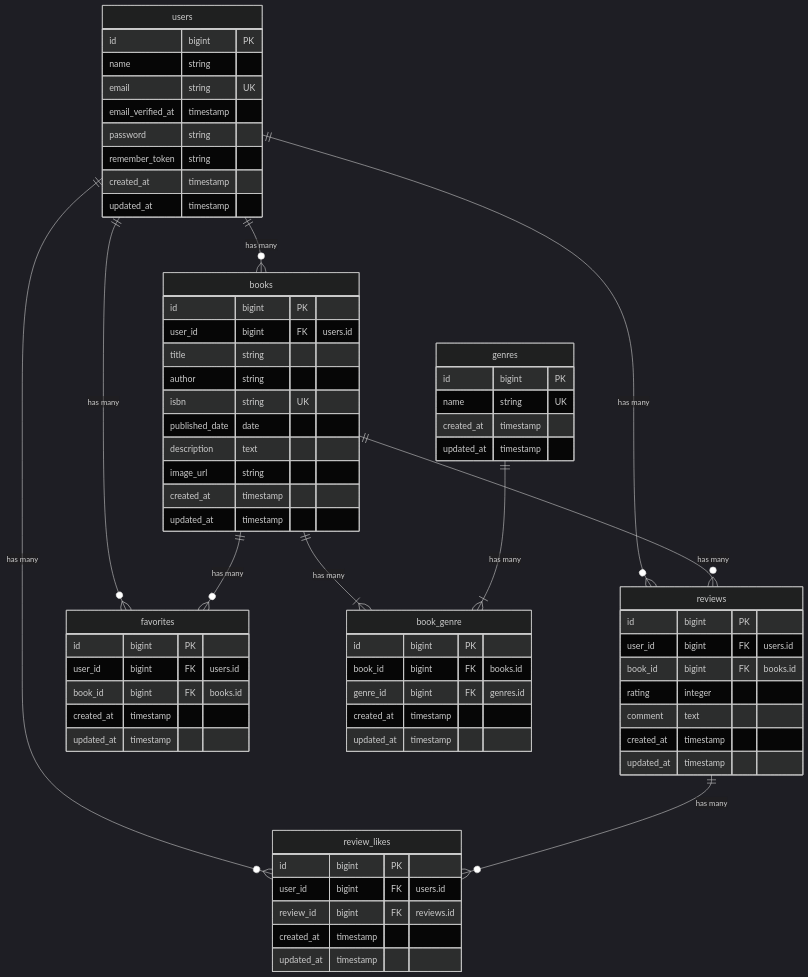
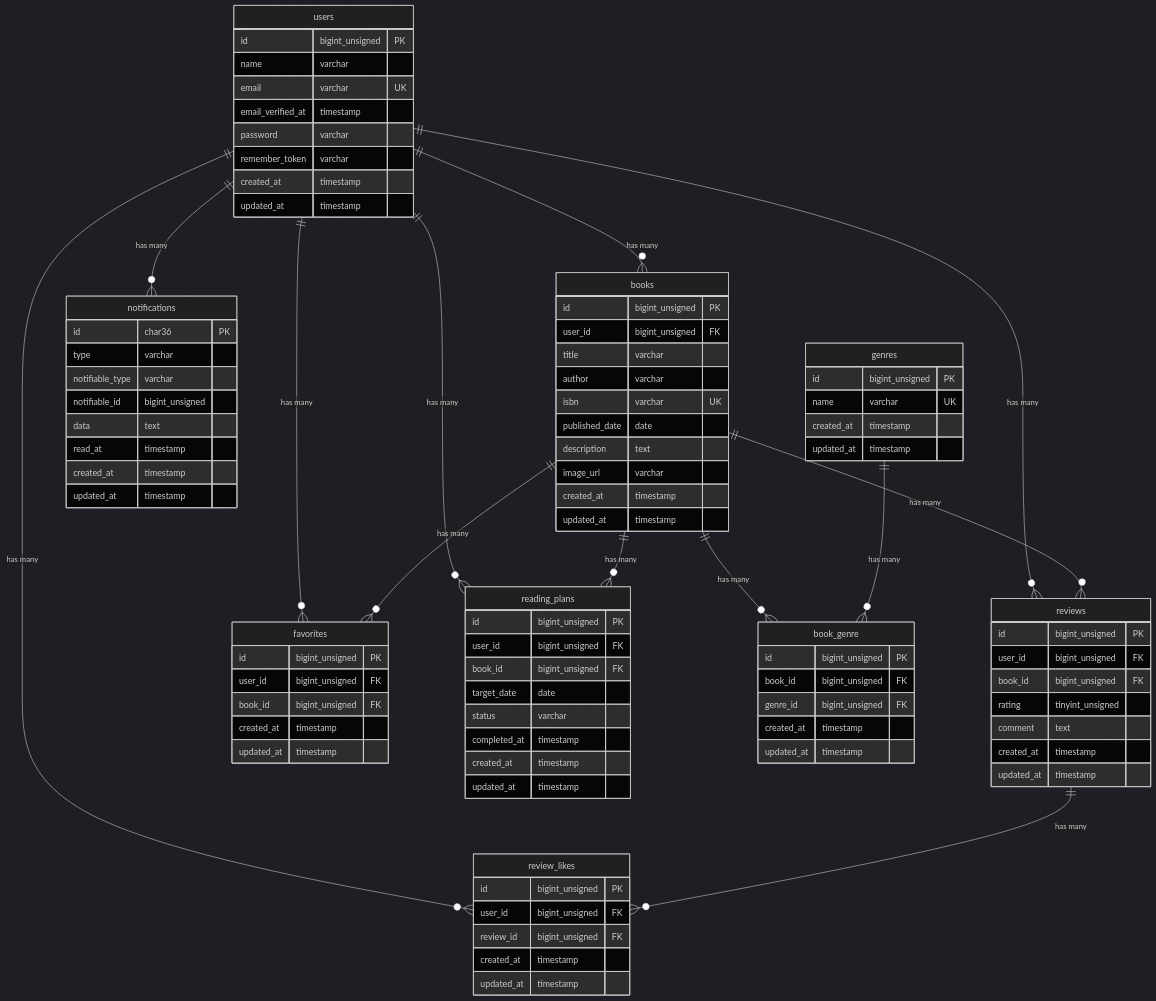
One commit to bossbossboss0425-ui/bookshelf-app changed the diagram in README.md. Above: the diagram before and after it, drawn with Mermaid (dark theme). The commit also changed 34 other files, not shown here.

```diff
--- a/README.md
+++ b/README.md
@@ -25,76 +25,101 @@
     users ||--o{ reviews : "has many"
     users ||--o{ favorites : "has many"
     users ||--o{ review_likes : "has many"
+    users ||--o{ reading_plans : "has many"
+    users ||--o{ notifications : "has many"
 
     books ||--o{ reviews : "has many"
     books ||--o{ favorites : "has many"
-    books ||--|{ book_genre : "has many"
+    books ||--o{ book_genre : "has many"
+    books ||--o{ reading_plans : "has many"
 
-    genres ||--|{ book_genre : "has many"
+    genres ||--o{ book_genre : "has many"
 
     reviews ||--o{ review_likes : "has many"
 
     users {
-        id bigint PK
-        name string
-        email string UK
+        id bigint_unsigned PK
+        name varchar
+        email varchar UK
         email_verified_at timestamp
-        password string
-        remember_token string
+        password varchar
+        remember_token varchar
         created_at timestamp
         updated_at timestamp
     }
 
     books {
-        id bigint PK
-        user_id bigint FK "users.id"
-        title string
-        author string
-        isbn string UK
+        id bigint_unsigned PK
+        user_id bigint_unsigned FK
+        title varchar
+        author varchar
+        isbn varchar UK
         published_date date
         description text
-        image_url string
+        image_url varchar
         created_at timestamp
         updated_at timestamp
     }
 
     genres {
-        id bigint PK
-        name string UK
+        id bigint_unsigned PK
+        name varchar UK
         created_at timestamp
         updated_at timestamp
     }
 
     book_genre {
-        id bigint PK
-        book_id bigint FK "books.id"
-        genre_id bigint FK "genres.id"
+        id bigint_unsigned PK
+        book_id bigint_unsigned FK
+        genre_id bigint_unsigned FK
         created_at timestamp
         updated_at timestamp
     }
 
     reviews {
-        id bigint PK
-        user_id bigint FK "users.id"
-        book_id bigint FK "books.id"
-        rating integer
+        id bigint_unsigned PK
+        user_id bigint_unsigned FK
+        book_id bigint_unsigned FK
+        rating tinyint_unsigned
         comment text
         created_at timestamp
         updated_at timestamp
     }
 
     favorites {
-        id bigint PK
-        user_id bigint FK "users.id"
-        book_id bigint FK "books.id"
+        id bigint_unsigned PK
+        user_id bigint_unsigned FK
+        book_id bigint_unsigned FK
         created_at timestamp
         updated_at timestamp
     }
 
     review_likes {
-        id bigint PK
-        user_id bigint FK "users.id"
-        review_id bigint FK "reviews.id"
+        id bigint_unsigned PK
+        user_id bigint_unsigned FK
+        review_id bigint_unsigned FK
+        created_at timestamp
+        updated_at timestamp
+    }
+
+    notifications {
+        id char36 PK
+        type varchar
+        notifiable_type varchar
+        notifiable_id bigint_unsigned
+        data text
+        read_at timestamp
+        created_at timestamp
+        updated_at timestamp
+    }
+
+    reading_plans {
+        id bigint_unsigned PK
+        user_id bigint_unsigned FK
+        book_id bigint_unsigned FK
+        target_date date
+        status varchar
+        completed_at timestamp
         created_at timestamp
         updated_at timestamp
     }
```
